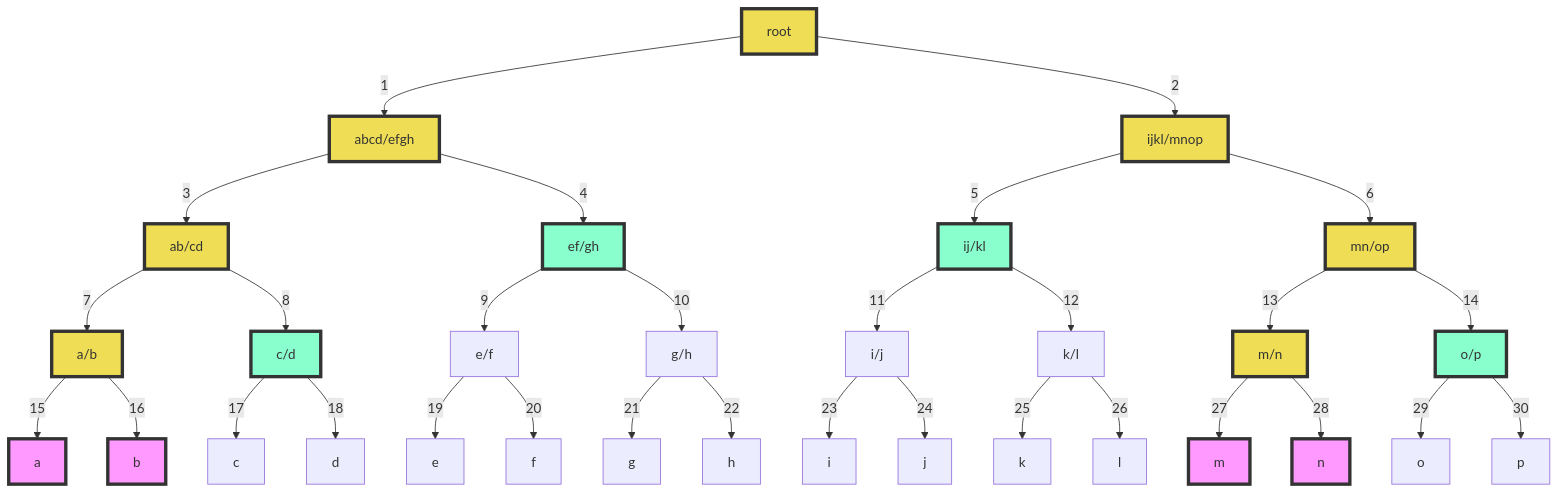
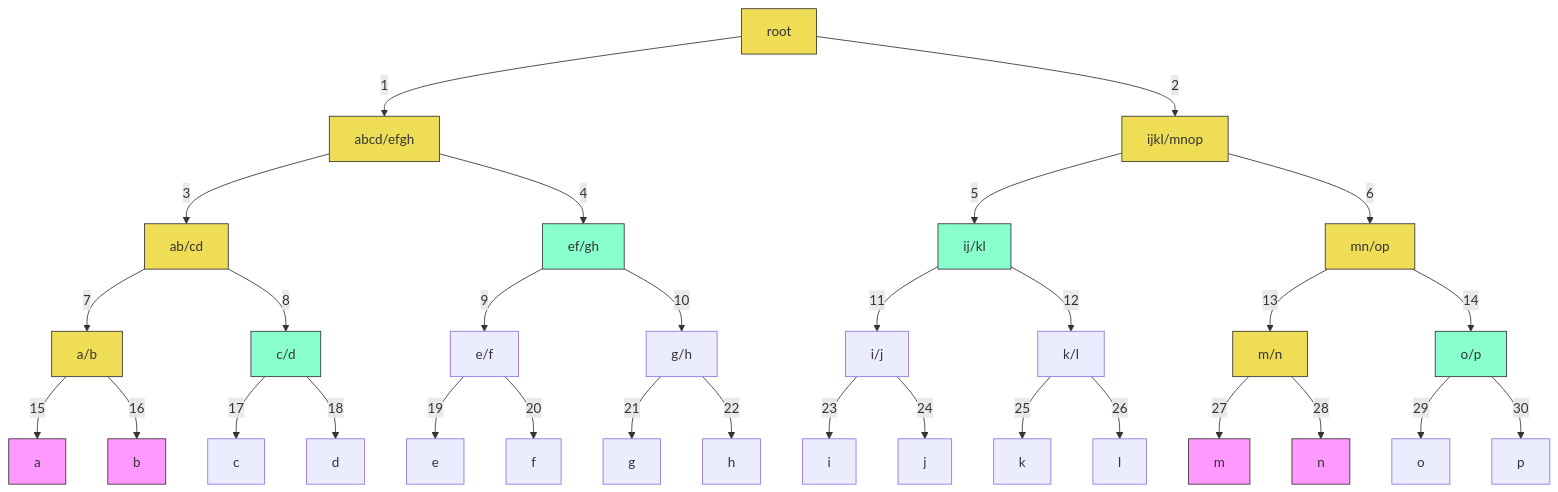
The third of 3 diagrams in README.md (shinra-corp/MerkleTreeMultiProofs), drawn with Mermaid before and after one commit. The commit also changed other lines of this file, not shown here.

````diff
--- a/README.md
+++ b/README.md
@@ -99,44 +126,44 @@
 ```mermaid
  
 graph TD
  
  
  
  root:::calculation --> | 1 | abcd/efgh:::calculation
  root --> | 2 | ijkl/mnop:::calculation
  abcd/efgh --> | 3 | ab/cd:::calculation
  abcd/efgh --> | 4 | ef/gh:::intermedian
  ijkl/mnop --> | 5 | ij/kl:::intermedian
  ijkl/mnop --> | 6 | mn/op:::calculation
  
  ab/cd --> | 7 | a/b:::calculation
  ab/cd --> | 8 | c/d:::intermedian
  ef/gh --> | 9 | e/f
  ef/gh --> | 10 | g/h
  ij/kl --> | 11 | i/j
  ij/kl --> | 12 | k/l
  mn/op --> | 13 | m/n:::calculation
  mn/op --> | 14 | o/p:::intermedian
  
  a/b --> | 15 | a:::proof
  a/b --> | 16 | b:::proof
  c/d --> | 17 | c
  c/d --> | 18 | d
  e/f --> | 19 | e
  e/f --> | 20 | f
  g/h --> | 21 | g
  g/h --> | 22 | h
  i/j --> | 23 | i
  i/j --> | 24 | j
  k/l --> | 25 | k
  k/l --> | 26 | l
  m/n --> | 27 | m:::proof
  m/n --> | 28 | n:::proof
  o/p --> | 29 | o
  o/p --> | 30 | p
  
- classDef proof fill:#f9f,stroke:#333,stroke-width:4px;
- classDef intermedian fill:#8fc,stroke:#333,stroke-width:4px;
- classDef calculation fill:#ed5,stroke:#333,stroke-width:4px;
+ classDef proof fill:#f9f,stroke:#333,stroke-width:1px;
+ classDef intermedian fill:#8fc,stroke:#333,stroke-width:1px;
+ classDef calculation fill:#ed5,stroke:#333,stroke-width:1px;
  
  ```
````
